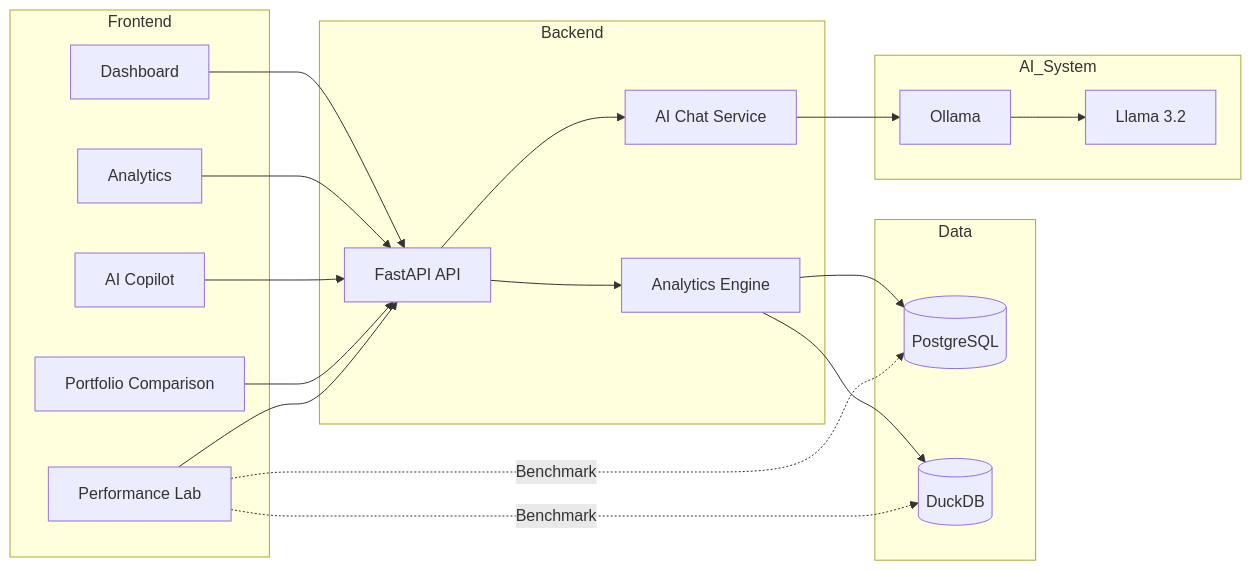
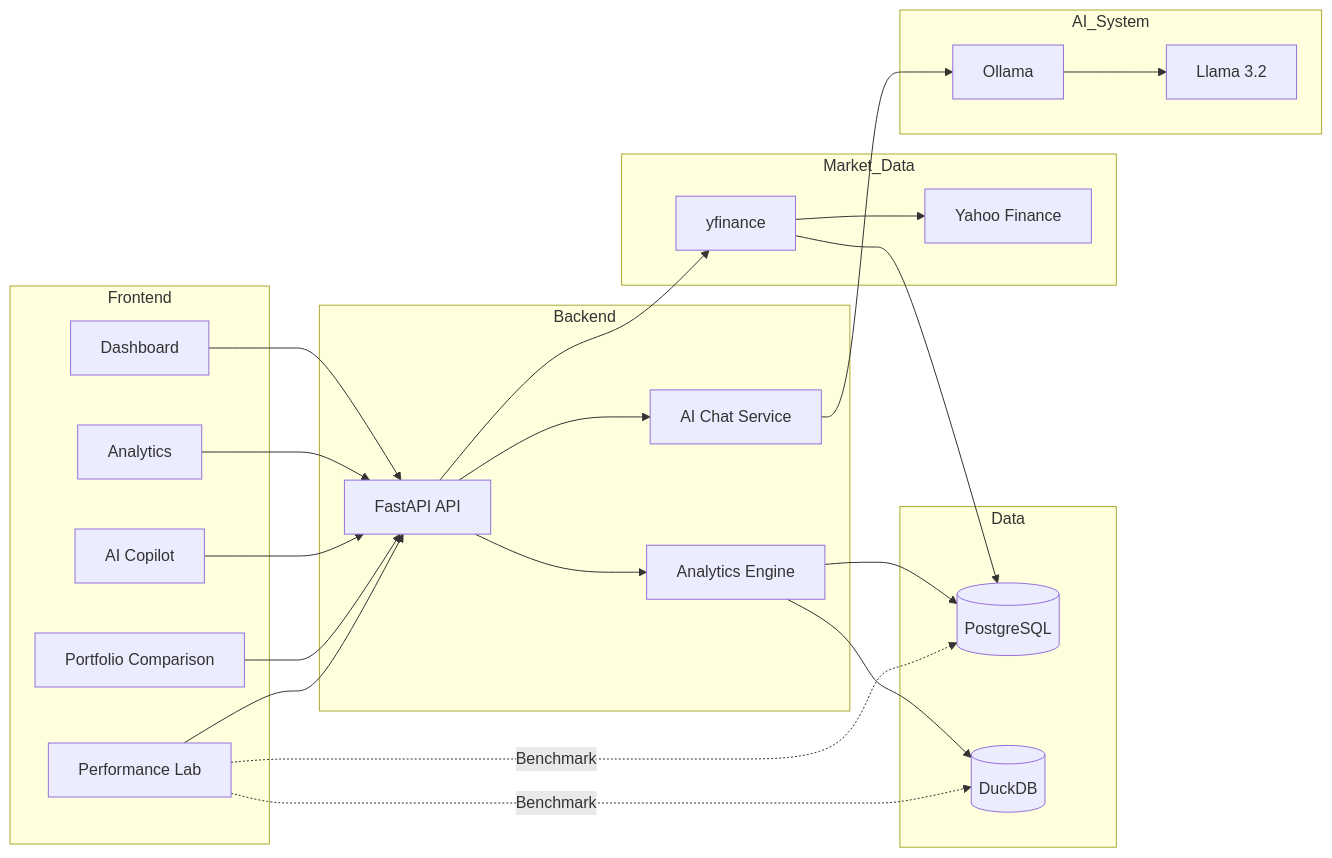
The diagram in README.md (itzjiawei/investment-risk-platform), drawn with Mermaid before and after one commit. The commit also changed other lines of this file and 9 other files, not shown here.

Commit message:
Add portfolio-aware market data refresh with yfinance

````diff
--- a/README.md
+++ b/README.md
@@ -97,45 +103,53 @@
 ```mermaid
 flowchart LR
 
     subgraph Frontend
         D[Dashboard]
         AN[Analytics]
         AI[AI Copilot]
         PC[Portfolio Comparison]
         PL[Performance Lab]
     end
 
     subgraph Backend
         API[FastAPI API]
         AE[Analytics Engine]
         CHAT[AI Chat Service]
     end
 
     subgraph Data
         PG[(PostgreSQL)]
         DD[(DuckDB)]
     end
 
+    subgraph Market_Data
+        YF[yfinance]
+        YH[Yahoo Finance]
+    end
+
     subgraph AI_System
         O[Ollama]
         L[Llama 3.2]
     end
 
     D --> API
     AN --> API
     AI --> API
     PC --> API
     PL --> API
 
     API --> AE
     API --> CHAT
+    API --> YF
 
     AE --> PG
     AE --> DD
+    YF --> YH
+    YF --> PG
 
     PL -. Benchmark .-> PG
     PL -. Benchmark .-> DD
 
     CHAT --> O
     O --> L
 ```
````
